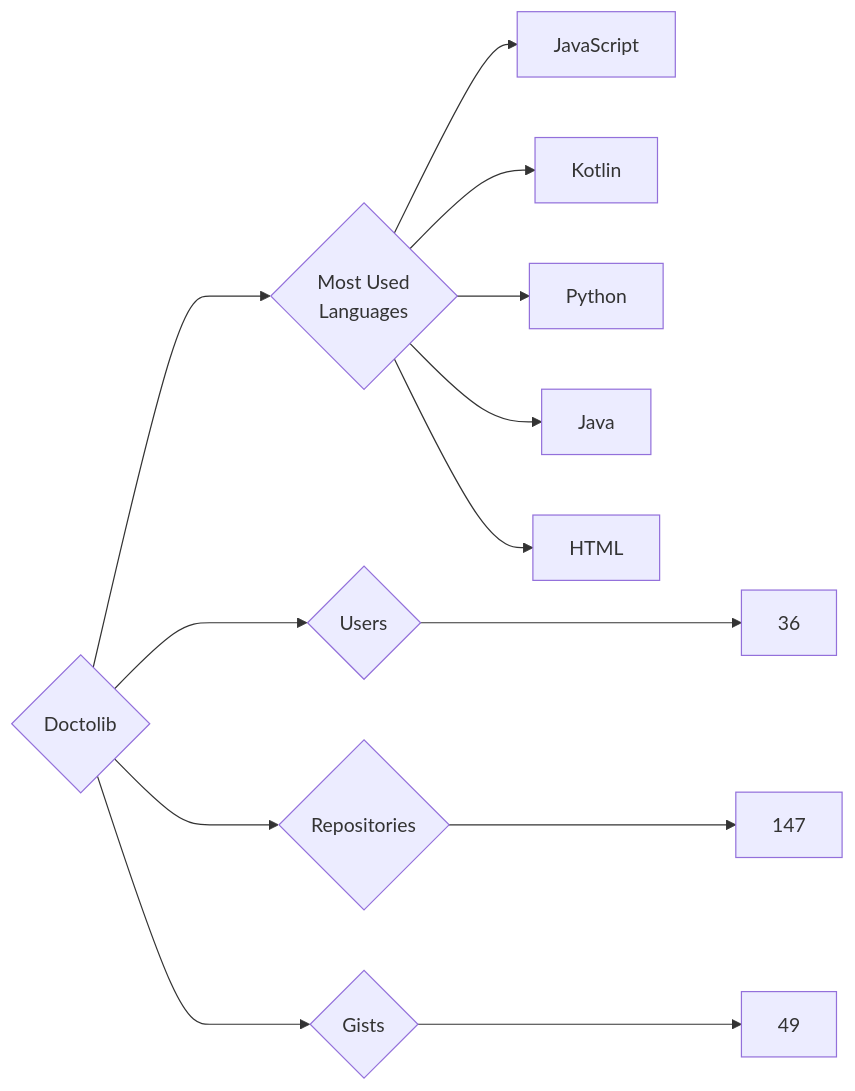
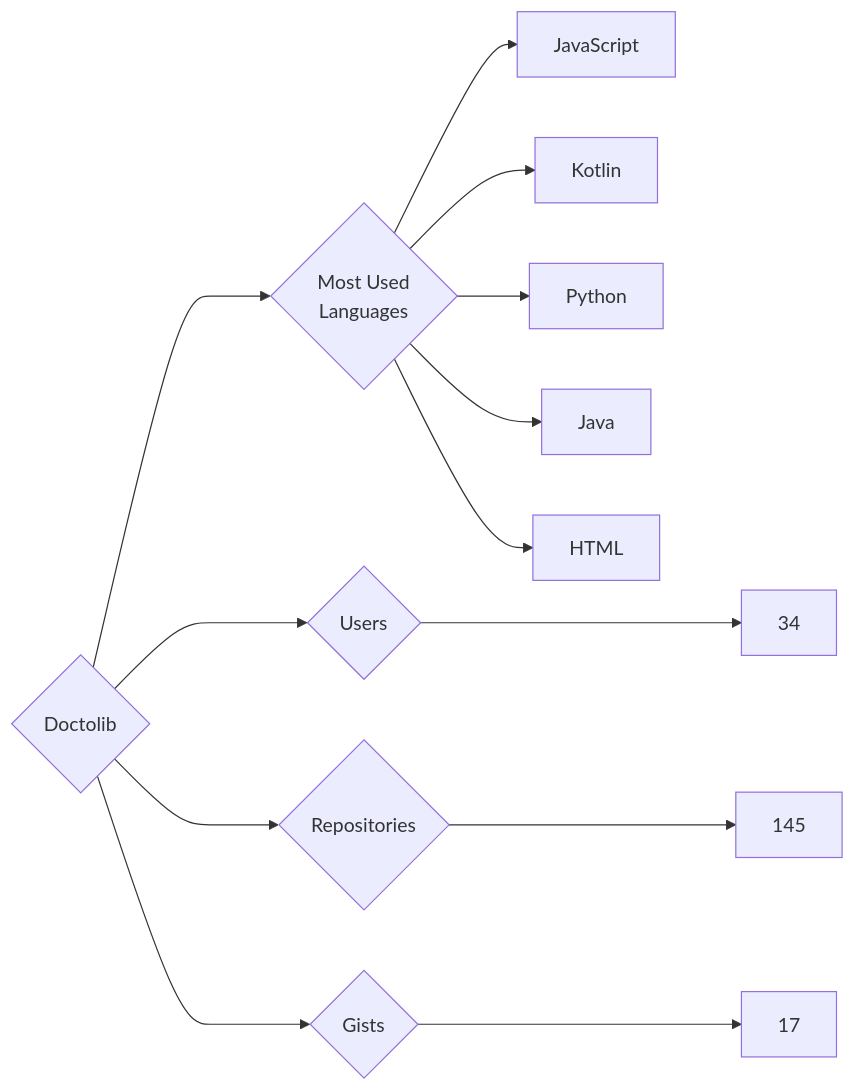
Before and after one commit to trickest/insiders: the diagram in targets/Doctolib/README.md, drawn with Mermaid. The commit also changed 559 other files, not shown here.

````diff
--- a/targets/Doctolib/README.md
+++ b/targets/Doctolib/README.md
@@ -3,13 +3,13 @@
 ```mermaid
 graph LR
 COMPANY_NAME{Doctolib}
-COMPANY_NAME ---> U{Users} ---> UN[36]
-COMPANY_NAME ---> R{Repositories} ---> RN[147]
-COMPANY_NAME ---> G{Gists} ---> GN[49]
+COMPANY_NAME ---> U{Users} ---> UN[34]
+COMPANY_NAME ---> R{Repositories} ---> RN[145]
+COMPANY_NAME ---> G{Gists} ---> GN[17]
 COMPANY_NAME ---> ML{Most Used<br>Languages}
 ML --> JavaScript[JavaScript]
 ML --> Kotlin[Kotlin]
 ML --> Python[Python]
 ML --> Java[Java]
 ML --> HTML[HTML]
 ```
````
